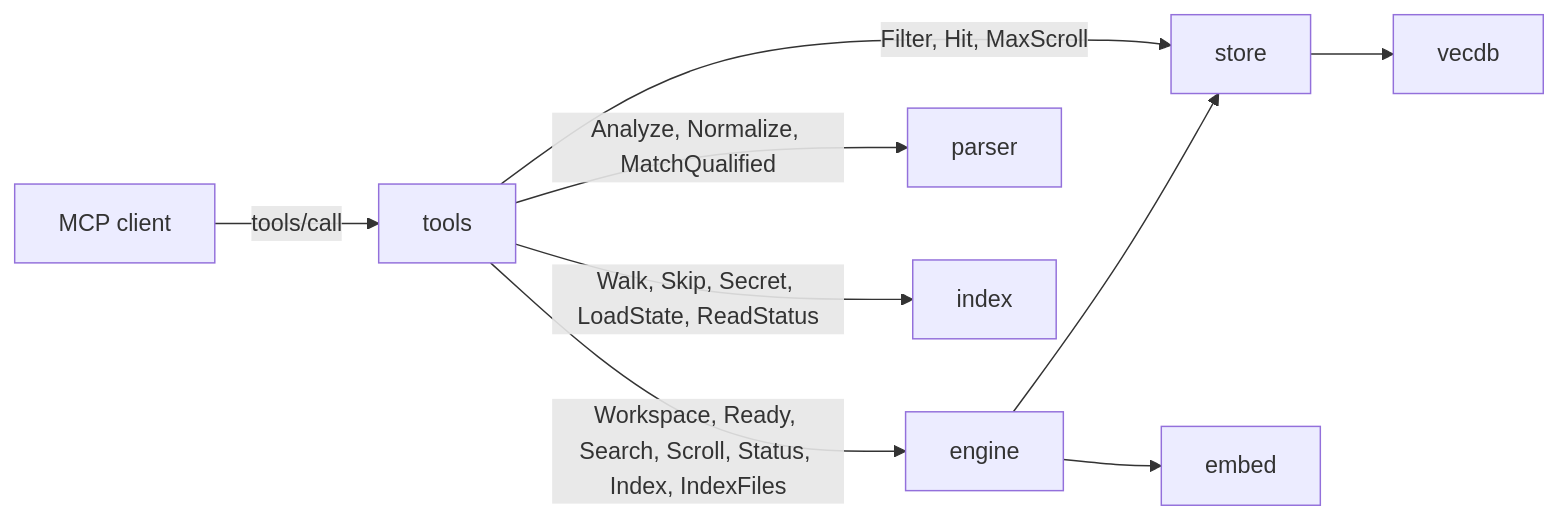
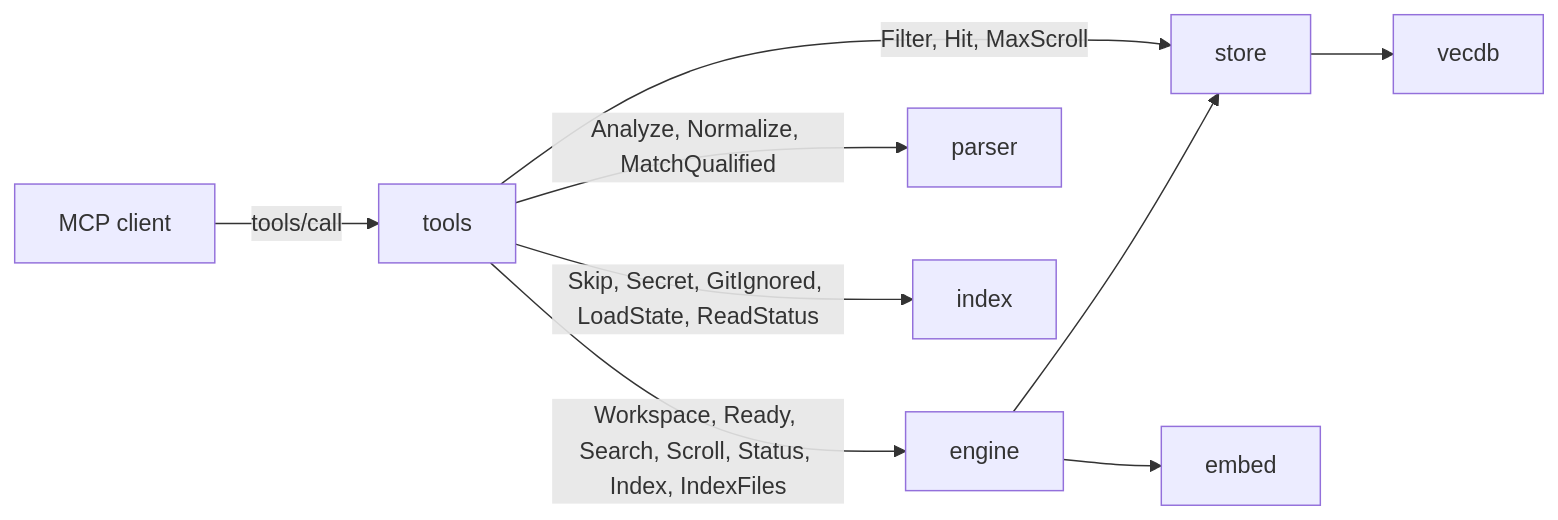
One commit to doITmagic/rag-code-mcp changed the first of 2 diagrams in tools/README.md. Above: the diagram before and after it, drawn with Mermaid. The commit also changed other lines of this file and 11 other files, not shown here.

````diff
--- a/tools/README.md
+++ b/tools/README.md
@@ -19,11 +19,11 @@
 ```mermaid
 graph LR
     C[MCP client] -->|tools/call| T[tools]
     T -->|Workspace, Ready, Search, Scroll, Status, Index, IndexFiles| E[engine]
     T -->|Filter, Hit, MaxScroll| S[store]
     T -->|Analyze, Normalize, MatchQualified| P[parser]
-    T -->|Walk, Skip, Secret, LoadState, ReadStatus| I[index]
+    T -->|Skip, Secret, GitIgnored, LoadState, ReadStatus| I[index]
     E --> EM[embed]
     E --> S
     S --> V[vecdb]
 ```
````
